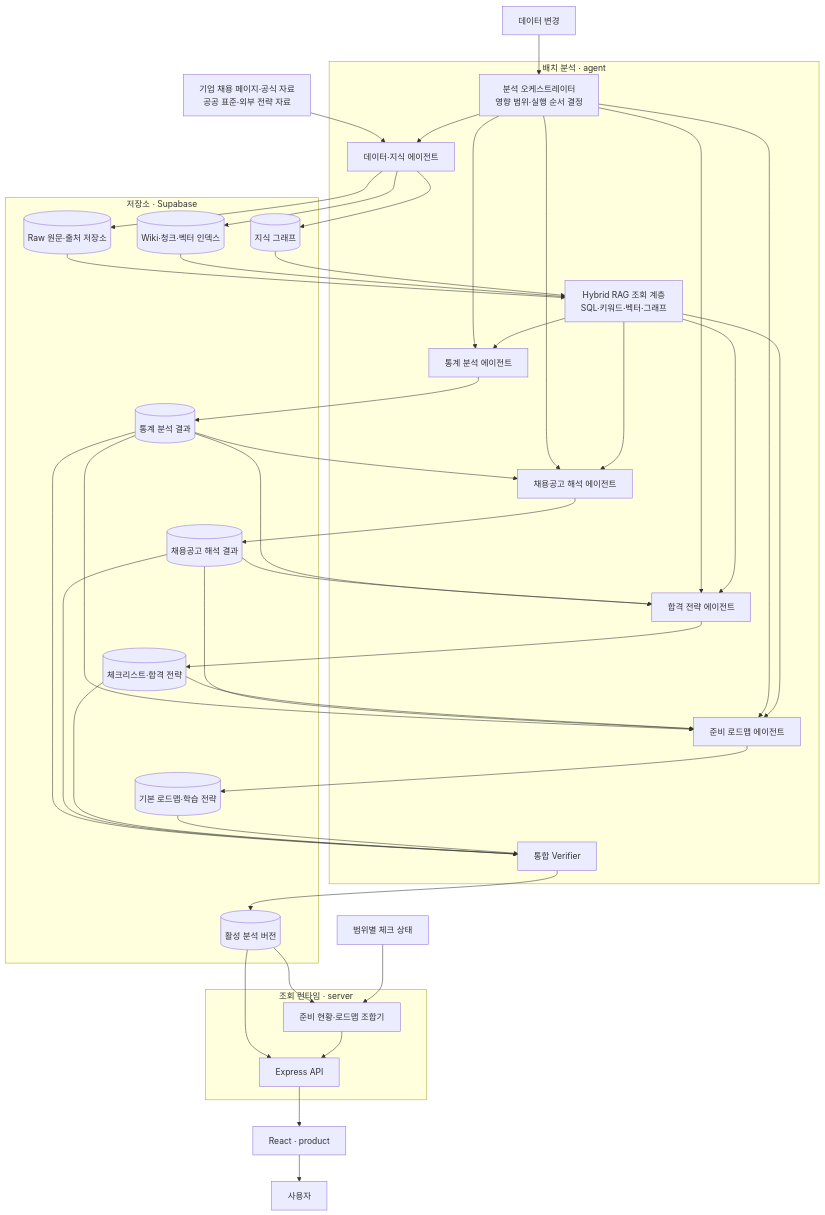
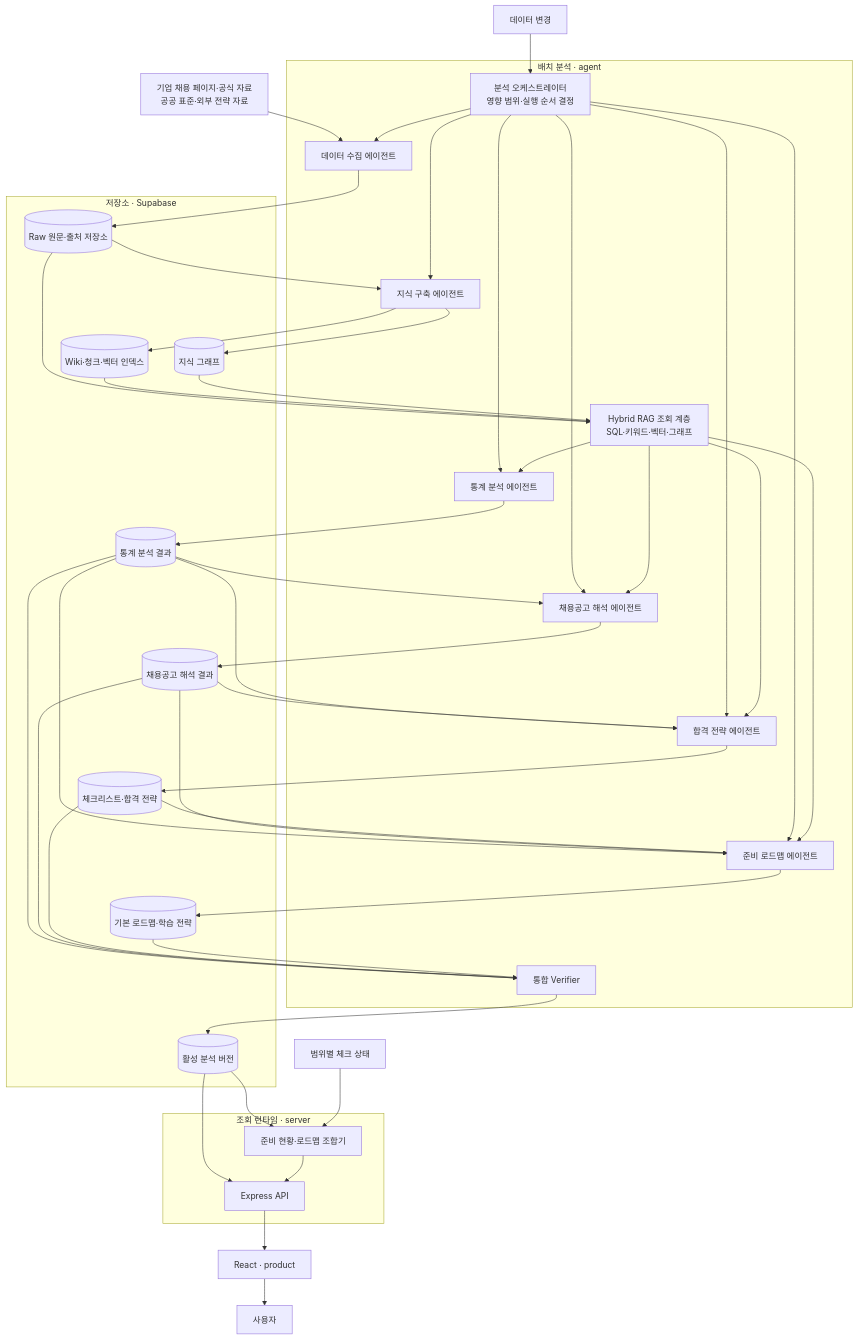
One commit to Mureung1/hub-showcase changed the first of 5 diagrams in docs/architecture.md. Above: the diagram before and after it, drawn with Mermaid. The commit also changed other lines of this file and 6 other files, not shown here.

````diff
--- a/docs/architecture.md
+++ b/docs/architecture.md
@@ -32,74 +32,77 @@
 ```mermaid
 flowchart TB
     subgraph AGENT["배치 분석 · agent"]
         ORCHESTRATOR["분석 오케스트레이터<br/>영향 범위·실행 순서 결정"]
-        KNOWLEDGE["데이터·지식 에이전트"]
+        COLLECTOR["데이터 수집 에이전트"]
+        KNOWLEDGE["지식 구축 에이전트"]
         RETRIEVAL["Hybrid RAG 조회 계층<br/>SQL·키워드·벡터·그래프"]
         STATISTICS["통계 분석 에이전트"]
         INTERPRETATION["채용공고 해석 에이전트"]
         STRATEGY["합격 전략 에이전트"]
         ROADMAP["준비 로드맵 에이전트"]
         VERIFIER["통합 Verifier"]
     end
 
     subgraph STORE["저장소 · Supabase"]
         RAW_STORE[("Raw 원문·출처 저장소")]
         WIKI_STORE[("Wiki·청크·벡터 인덱스")]
         GRAPH_STORE[("지식 그래프")]
         STATISTICS_OUT[("통계 분석 결과")]
         INTERPRETATION_OUT[("채용공고 해석 결과")]
         STRATEGY_OUT[("체크리스트·합격 전략")]
         ROADMAP_OUT[("기본 로드맵·학습 전략")]
         ACTIVE[("활성 분석 버전")]
     end
 
     subgraph SERVER["조회 런타임 · server"]
         API["Express API"]
         COMPOSER["준비 현황·로드맵 조합기"]
     end
 
-    SOURCES["기업 채용 페이지·공식 자료<br/>공공 표준·외부 전략 자료"] --> KNOWLEDGE
+    SOURCES["기업 채용 페이지·공식 자료<br/>공공 표준·외부 전략 자료"] --> COLLECTOR
     CHANGE["데이터 변경"] --> ORCHESTRATOR
+    ORCHESTRATOR --> COLLECTOR
     ORCHESTRATOR --> KNOWLEDGE
-    KNOWLEDGE --> RAW_STORE
+    COLLECTOR --> RAW_STORE
+    RAW_STORE --> KNOWLEDGE
     KNOWLEDGE --> WIKI_STORE
     KNOWLEDGE --> GRAPH_STORE
     RAW_STORE --> RETRIEVAL
     WIKI_STORE --> RETRIEVAL
     GRAPH_STORE --> RETRIEVAL
 
     ORCHESTRATOR --> STATISTICS
     RETRIEVAL --> STATISTICS
     STATISTICS --> STATISTICS_OUT
 
     ORCHESTRATOR --> INTERPRETATION
     RETRIEVAL --> INTERPRETATION
     STATISTICS_OUT --> INTERPRETATION
     INTERPRETATION --> INTERPRETATION_OUT
 
     ORCHESTRATOR --> STRATEGY
     RETRIEVAL --> STRATEGY
     STATISTICS_OUT --> STRATEGY
     INTERPRETATION_OUT --> STRATEGY
     STRATEGY --> STRATEGY_OUT
 
     ORCHESTRATOR --> ROADMAP
     RETRIEVAL --> ROADMAP
     STATISTICS_OUT --> ROADMAP
     INTERPRETATION_OUT --> ROADMAP
     STRATEGY_OUT --> ROADMAP
     ROADMAP --> ROADMAP_OUT
 
     STATISTICS_OUT --> VERIFIER
     INTERPRETATION_OUT --> VERIFIER
     STRATEGY_OUT --> VERIFIER
     ROADMAP_OUT --> VERIFIER
     VERIFIER --> ACTIVE
 
     ACTIVE --> API
     ACTIVE --> COMPOSER
     CHECKS["범위별 체크 상태"] --> COMPOSER
     COMPOSER --> API
     API --> UI["React · product"]
     UI --> USER["사용자"]
 ```
````
